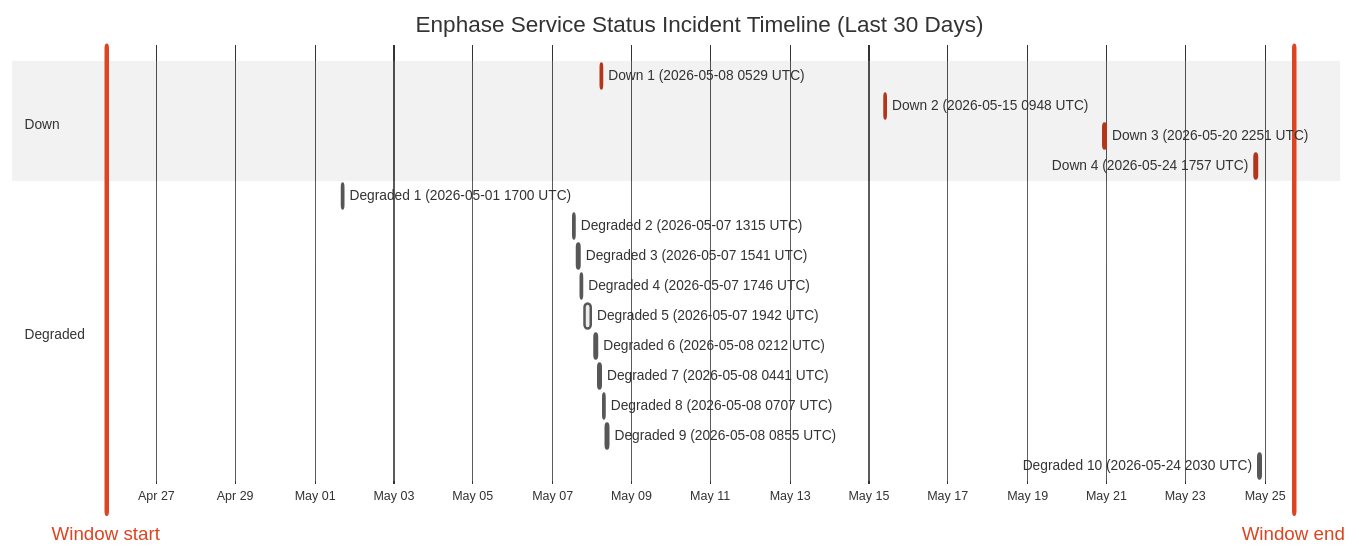
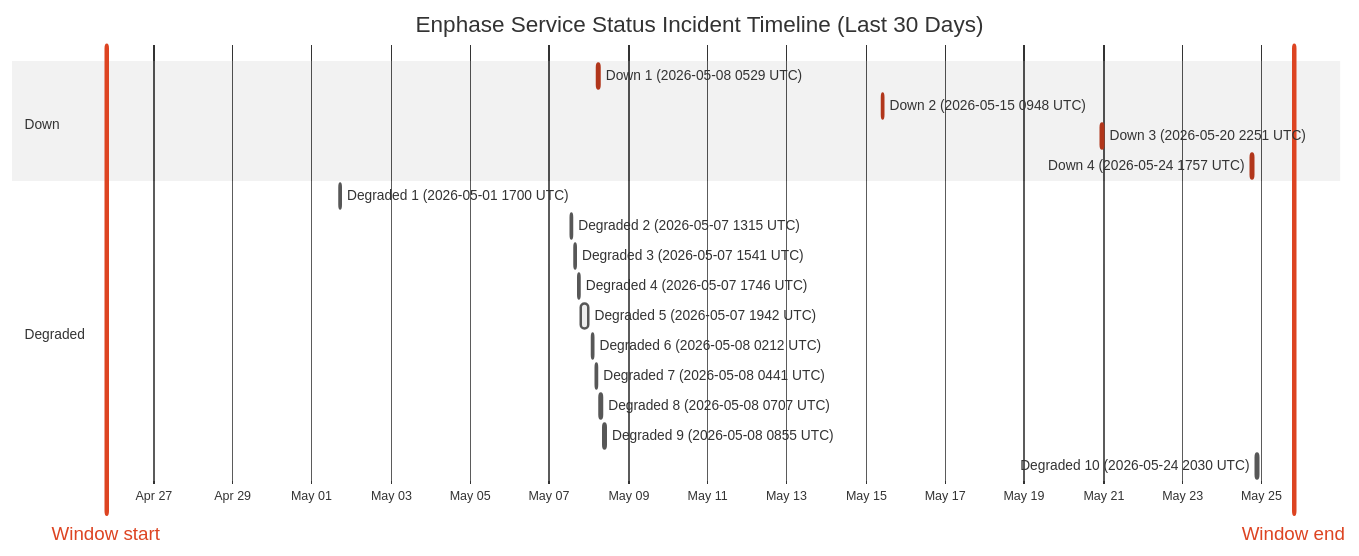
Before and after one commit to barneyonline/ha-enphase-ev-charger: the diagram in wiki/Service-Status-History.md, drawn with Mermaid (neutral theme). The commit also changed other lines of this file and 3 other files, not shown here.

````diff
--- a/wiki/Service-Status-History.md
+++ b/wiki/Service-Status-History.md
@@ -14,24 +14,24 @@
 ```mermaid
 gantt
     title Enphase Service Status Incident Timeline (Last 30 Days)
     dateFormat  YYYY-MM-DDTHH:mm:ss
     axisFormat  %b %d
-    Window start :vert, window-start, 2026-04-25T17:42:31, 0ms
-    Window end :vert, window-end, 2026-05-25T17:42:31, 0ms
+    Window start :vert, window-start, 2026-04-25T19:28:25, 0ms
+    Window end :vert, window-end, 2026-05-25T19:28:25, 0ms
     section Down
     Down 1 (2026-05-08 0529 UTC) :crit, down-1, 2026-05-08T05:29:47, 60m
     Down 2 (2026-05-15 0948 UTC) :crit, down-2, 2026-05-15T09:48:18, 60m
     Down 3 (2026-05-20 2251 UTC) :crit, down-3, 2026-05-20T22:51:14, 75m
     Down 4 (2026-05-24 1757 UTC) :crit, down-4, 2026-05-24T17:57:41, 86m
     section Degraded
     Degraded 1 (2026-05-01 1700 UTC) :active, degraded-1, 2026-05-01T17:00:22, 60m
     Degraded 2 (2026-05-07 1315 UTC) :active, degraded-2, 2026-05-07T13:15:25, 60m
     Degraded 3 (2026-05-07 1541 UTC) :active, degraded-3, 2026-05-07T15:41:58, 60m
     Degraded 4 (2026-05-07 1746 UTC) :active, degraded-4, 2026-05-07T17:46:51, 60m
     Degraded 5 (2026-05-07 1942 UTC) :active, degraded-5, 2026-05-07T19:42:10, 249m
     Degraded 6 (2026-05-08 0212 UTC) :active, degraded-6, 2026-05-08T02:12:39, 60m
     Degraded 7 (2026-05-08 0441 UTC) :active, degraded-7, 2026-05-08T04:41:46, 60m
     Degraded 8 (2026-05-08 0707 UTC) :active, degraded-8, 2026-05-08T07:07:30, 60m
     Degraded 9 (2026-05-08 0855 UTC) :active, degraded-9, 2026-05-08T08:55:20, 88m
     Degraded 10 (2026-05-24 2030 UTC) :active, degraded-10, 2026-05-24T20:30:57, 84m
 ```
````
